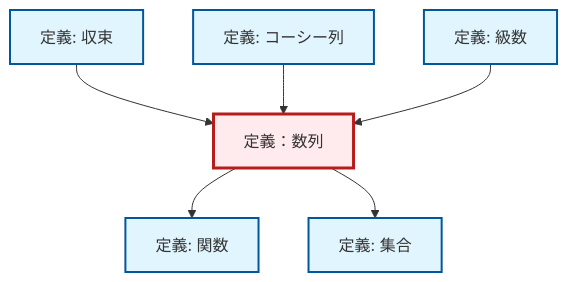
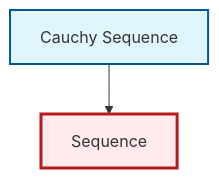
One commit to RK0429/ModernMath changed the diagram in content/ja/analysis/def-sequence.qmd. Above: the diagram before and after it, drawn with Mermaid. The commit also changed 328 other files, not shown here.

````diff
--- a/content/ja/analysis/def-sequence.qmd
+++ b/content/ja/analysis/def-sequence.qmd
@@ -77,26 +77,14 @@
 ```{mermaid}
 %%| fig-cap: "ローカル依存関係グラフ"
 graph TD
     classDef definition fill:#e1f5fe,stroke:#01579b,stroke-width:2px
     classDef theorem fill:#f3e5f5,stroke:#4a148c,stroke-width:2px
     classDef axiom fill:#fff3e0,stroke:#e65100,stroke-width:2px
     classDef example fill:#e8f5e9,stroke:#1b5e20,stroke-width:2px
     classDef current fill:#ffebee,stroke:#b71c1c,stroke-width:3px
-    def-cauchy-sequence["定義: コーシー列"]:::definition
-    def-set["定義: 集合"]:::definition
-    def-convergence["定義: 収束"]:::definition
-    def-function["定義: 関数"]:::definition
-    def-series["定義: 級数"]:::definition
-    def-sequence["定義：数列"]:::definition
-    def-sequence --> def-function
-    def-convergence --> def-sequence
-    def-sequence --> def-set
+    def-sequence["Sequence"]:::definition
+    def-cauchy-sequence["Cauchy Sequence"]:::definition
     def-cauchy-sequence --> def-sequence
-    def-series --> def-sequence
     class def-sequence current
-    click def-cauchy-sequence "def-cauchy-sequence.html" "コーシー列の定義へ"
-    click def-set "def-set.html" "集合の定義へ"
-    click def-convergence "def-convergence.html" "収束の定義へ"
-    click def-function "def-function.html" "関数の定義へ"
-    click def-series "def-series.html" "級数の定義へ"
+    click def-cauchy-sequence "def-cauchy-sequence.html" "Cauchy Sequenceへ"
 ```
````
